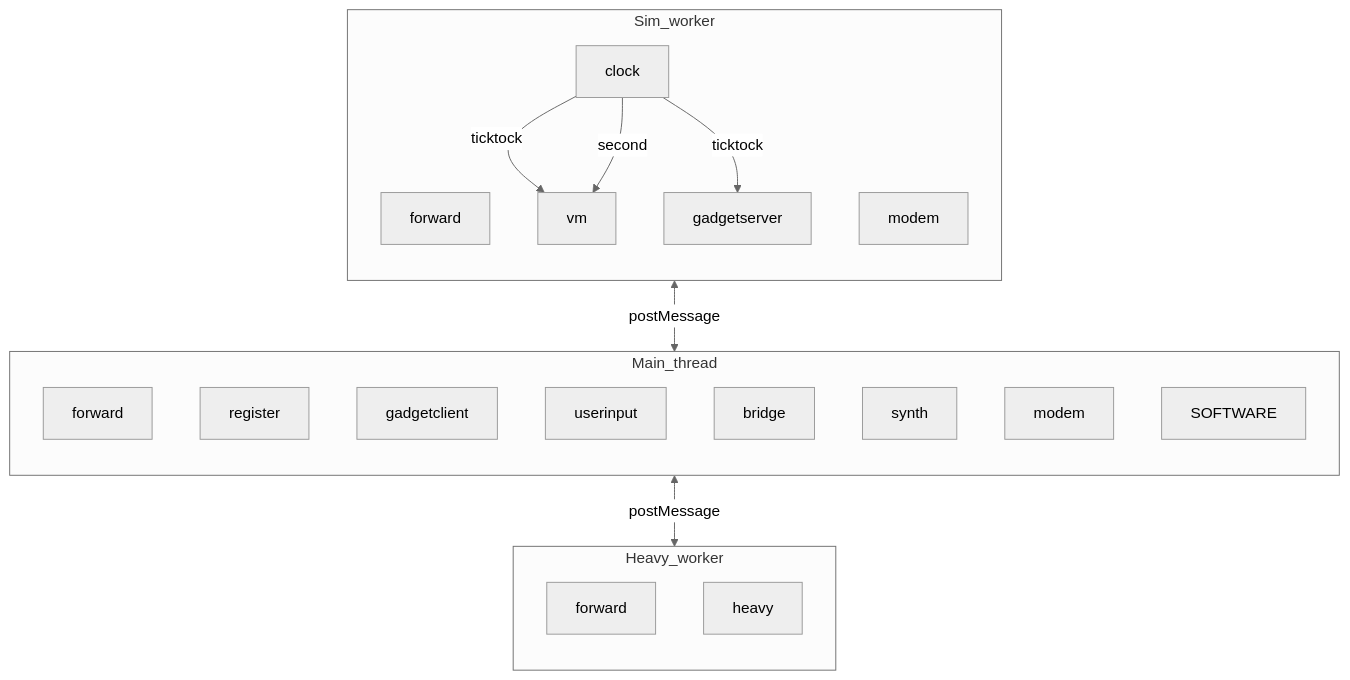
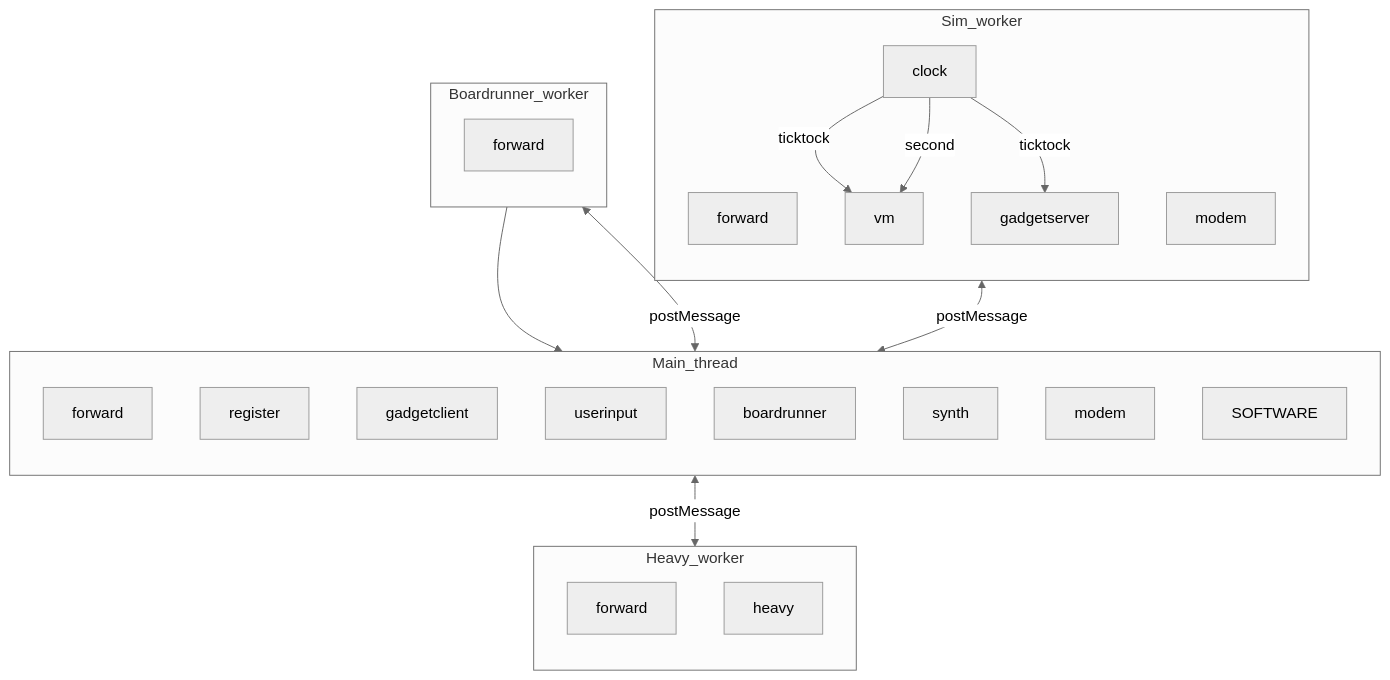
The second of 4 diagrams in zss/device/docs/devices-and-messaging.md (goldbuick/zed-software-system), drawn with Mermaid (neutral theme) before and after one commit. The commit also changed other lines of this file and 6 other files, not shown here.

````diff
--- a/zss/device/docs/devices-and-messaging.md
+++ b/zss/device/docs/devices-and-messaging.md
@@ -121,32 +132,39 @@
 ```mermaid
 flowchart TB
   subgraph Sim_worker [Sim_worker]
     direction TB
     Fw[forward]
     Cl[clock]
     VM[vm]
     GS[gadgetserver]
     MdW[modem]
     Cl -->|ticktock| VM
     Cl -->|second| VM
     Cl -->|ticktock| GS
   end
   subgraph Main_thread [Main_thread]
     direction TB
     Fm[forward]
     Reg[register]
     GC[gadgetclient]
     UI[userinput]
     Br[bridge]
     Sy[synth]
     MdM[modem]
     SW[SOFTWARE]
   end
   subgraph Heavy_worker [Heavy_worker]
     direction TB
     Fh[forward]
     Hy[heavy]
   end
+  subgraph Boardrunner_worker [Boardrunner_worker]
+    direction TB
+    Fb[forward]
+    Br[boardrunner]
+  end
   Fw <-->|postMessage| Fm
   Fm <-->|postMessage| Fh
+  Fm <-->|postMessage| Fb
+  Fb --> Br
 ```
````
